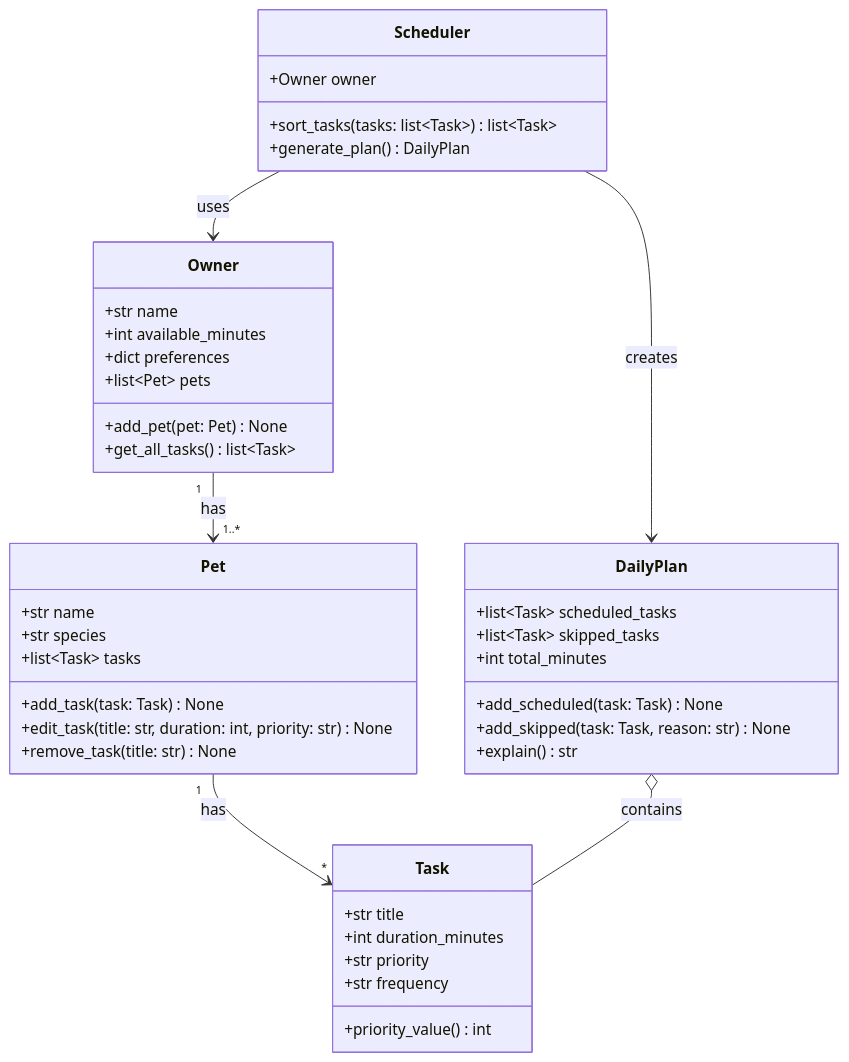
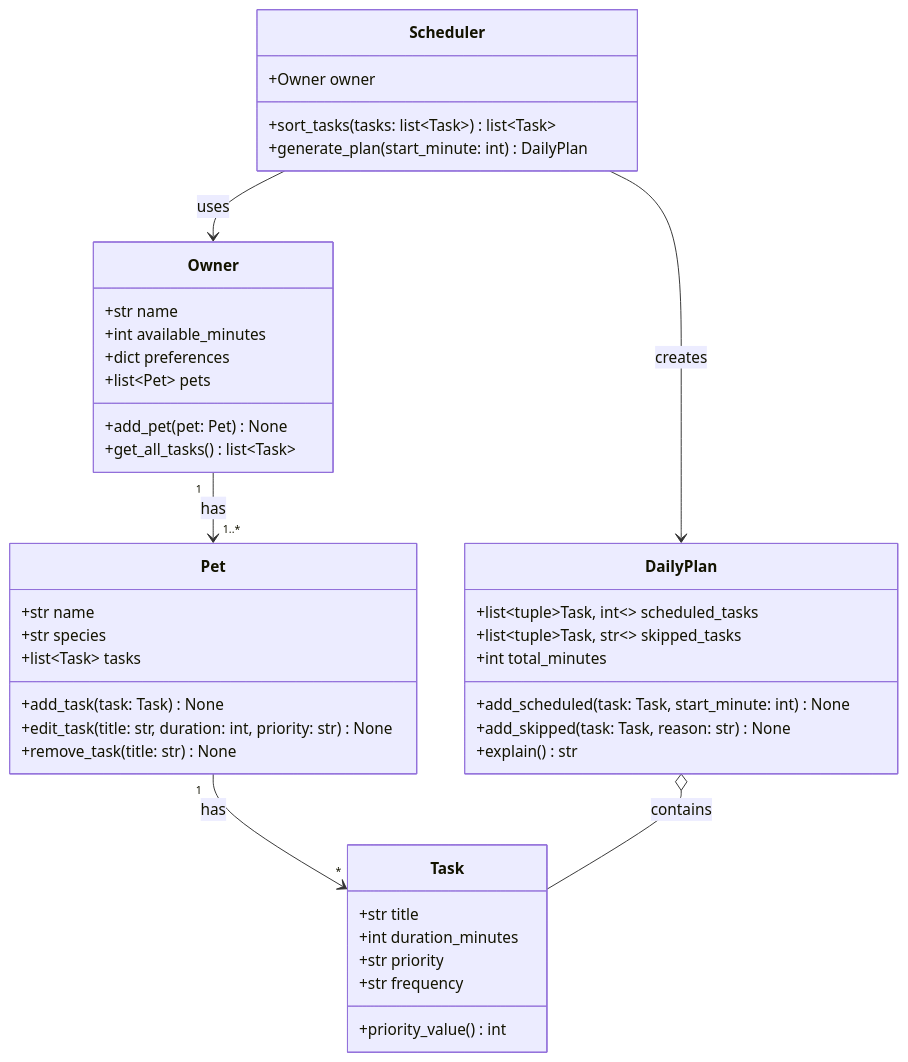
One commit to tkmariana/ai110-module2show-pawpal-starter changed the diagram in diagrams/uml.mmd. Above: the diagram before and after it, drawn with Mermaid. The commit also changed 2 other files, not shown here.

```diff
--- a/diagrams/uml.mmd
+++ b/diagrams/uml.mmd
@@ -1,49 +1,49 @@
 classDiagram
     %% Keep this file updated so it matches your final implementation.
 
     class Owner {
         +str name
         +int available_minutes
         +dict preferences
         +list~Pet~ pets
         +add_pet(pet: Pet) None
         +get_all_tasks() list~Task~
     }
 
     class Pet {
         +str name
         +str species
         +list~Task~ tasks
         +add_task(task: Task) None
         +edit_task(title: str, duration: int, priority: str) None
         +remove_task(title: str) None
     }
 
     class Task {
         +str title
         +int duration_minutes
         +str priority
         +str frequency
         +priority_value() int
     }
 
     class Scheduler {
         +Owner owner
         +sort_tasks(tasks: list~Task~) list~Task~
-        +generate_plan() DailyPlan
+        +generate_plan(start_minute: int) DailyPlan
     }
 
     class DailyPlan {
-        +list~Task~ scheduled_tasks
-        +list~Task~ skipped_tasks
+        +list~tuple~Task, int~~ scheduled_tasks
+        +list~tuple~Task, str~~ skipped_tasks
         +int total_minutes
-        +add_scheduled(task: Task) None
+        +add_scheduled(task: Task, start_minute: int) None
         +add_skipped(task: Task, reason: str) None
         +explain() str
     }
 
     Owner "1" --> "1..*" Pet : has
     Pet "1" --> "*" Task : has
     Scheduler --> Owner : uses
     Scheduler --> DailyPlan : creates
     DailyPlan o-- Task : contains
```
